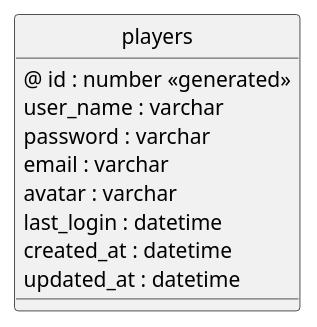
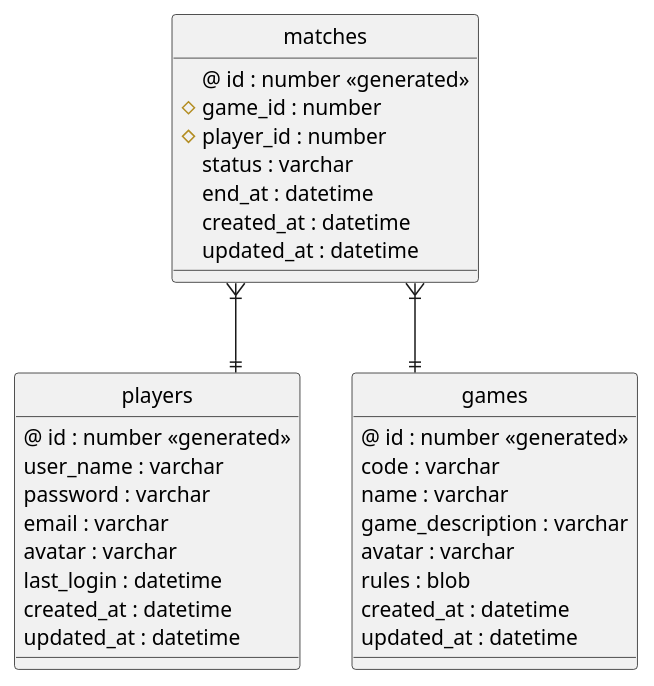
One commit to moliva177/myFirstSpringApiRest changed the diagram in docs/diagrams/model/der.puml. Above: the diagram before and after it, drawn with PlantUML. The commit also changed 16 other files, not shown here.

Commit message:
Spring Boot API - P27: Get Player Matches

```diff
--- a/docs/diagrams/model/der.puml
+++ b/docs/diagrams/model/der.puml
@@ -1,20 +1,44 @@
 @startuml
 
 ' hide the spot
 hide circle
 
 ' avoid problems with angled crows feet
 skinparam linetype ortho
 
 entity "players"{
     @ id : number <<generated>>
     user_name : varchar
     password : varchar
     email : varchar
     avatar : varchar
     last_login : datetime
     created_at : datetime
     updated_at : datetime
 }
 
+entity "games" {
+    @ id : number <<generated>>
+    code : varchar
+    name : varchar
+    game_description : varchar
+    avatar : varchar
+    rules : blob
+    created_at : datetime
+    updated_at : datetime
+}
+
+entity "matches" {
+    @ id : number <<generated>>
+    # game_id : number
+    # player_id : number
+    status : varchar
+    end_at : datetime
+    created_at : datetime
+    updated_at : datetime
+}
+
+"matches" }|--|| "players"
+"matches" }|--|| "games"
+
 @enduml
```
